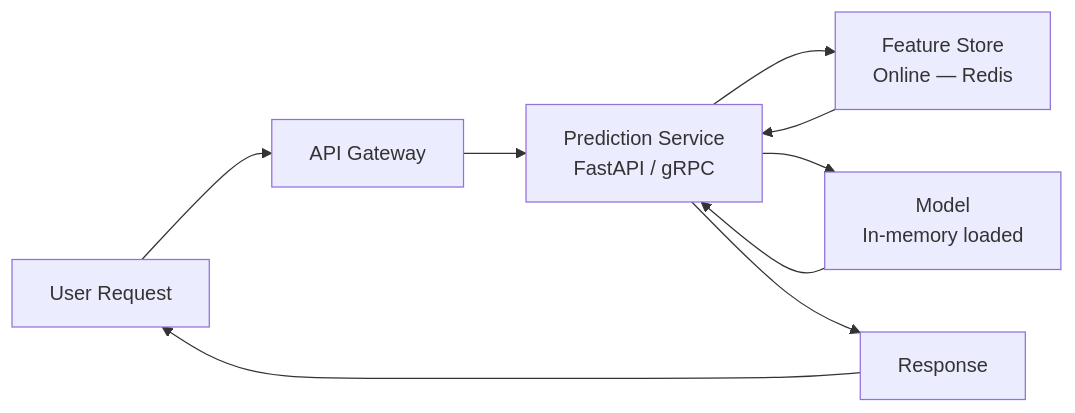
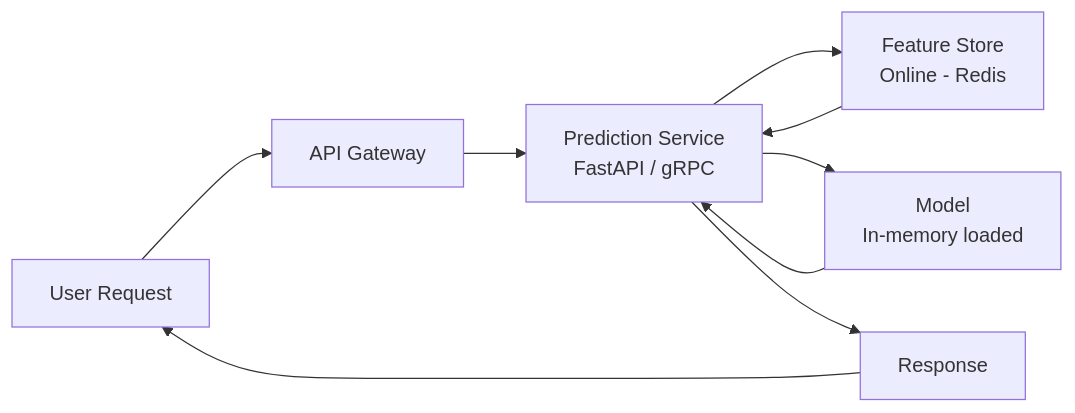
Before and after one commit to Sachinchaurasiya360/Article: the third of 6 diagrams in Machine-Learning/ml-deep-dive-part-17.md, drawn with Mermaid. The commit also changed other lines of this file and 81 other files, not shown here.

````diff
--- a/Machine-Learning/ml-deep-dive-part-17.md
+++ b/Machine-Learning/ml-deep-dive-part-17.md
@@ -265,11 +265,11 @@
 ```mermaid
 graph LR
     A[User Request] --> B[API Gateway]
     B --> C[Prediction Service\nFastAPI / gRPC]
-    C --> D[Feature Store\nOnline — Redis]
+    C --> D[Feature Store\nOnline - Redis]
     C --> E[Model\nIn-memory loaded]
     D --> C
     E --> C
     C --> F[Response]
     F --> A
 ```
````
